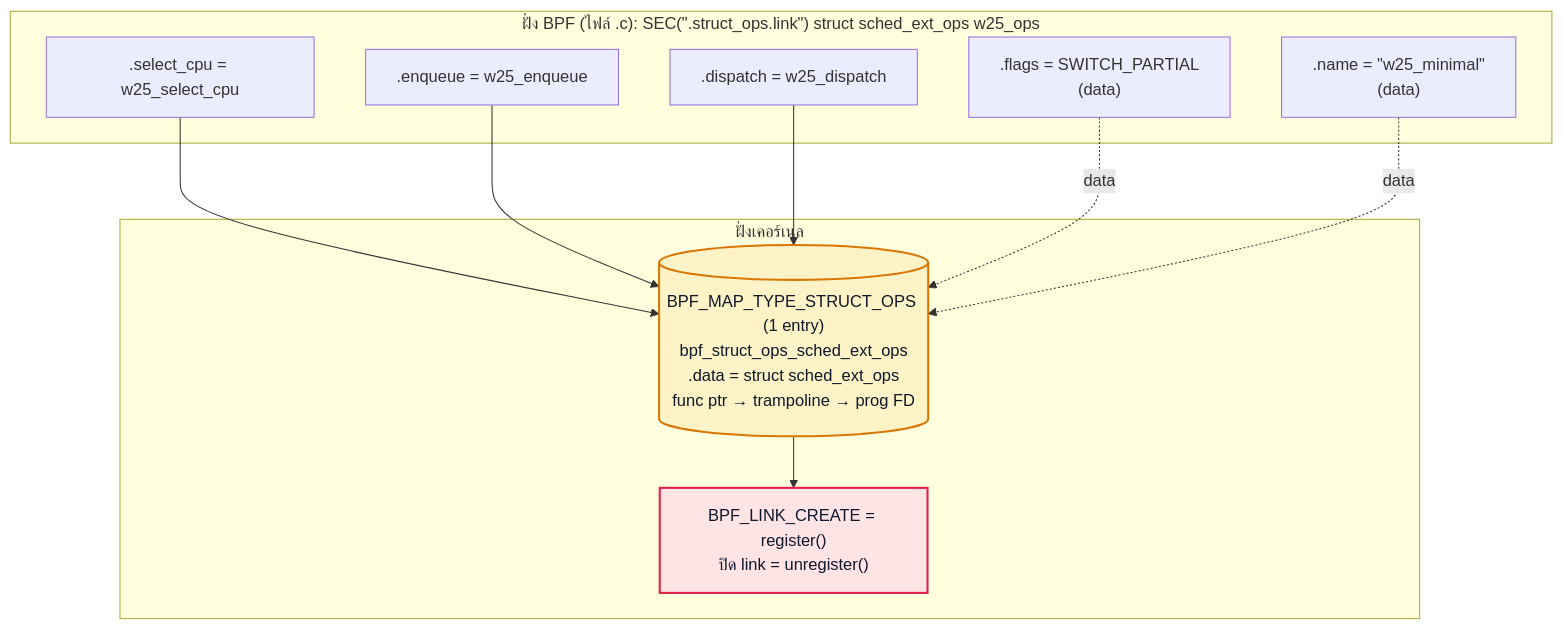
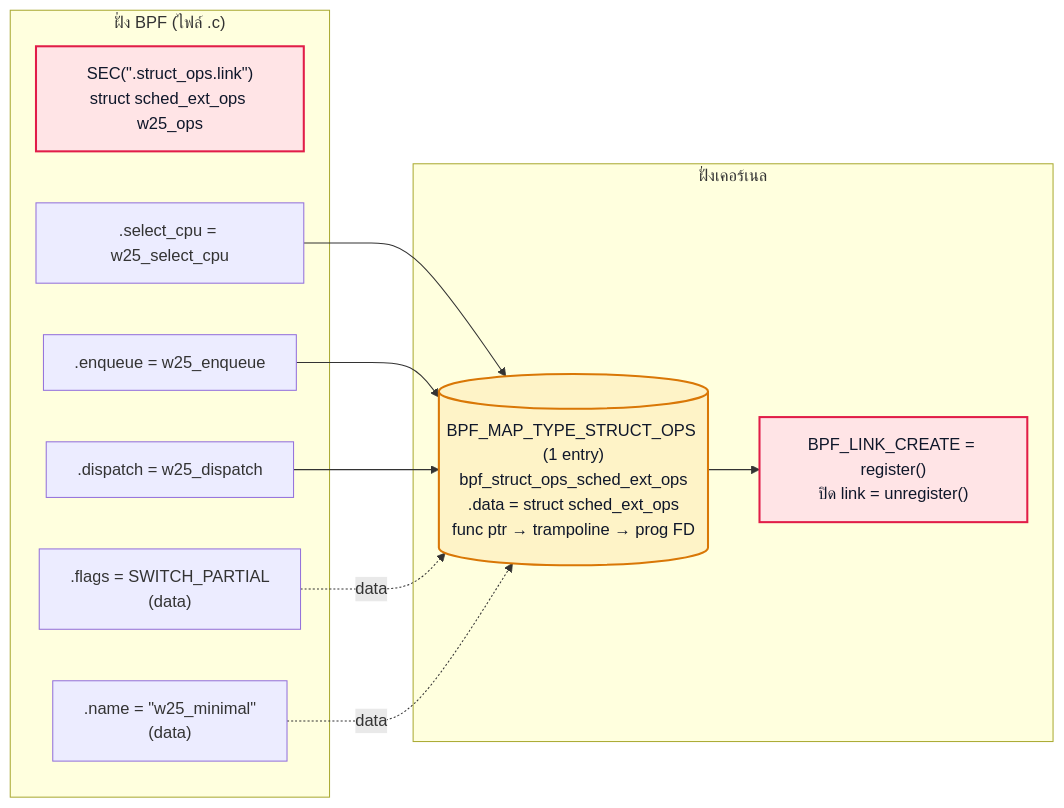
Before and after one commit to alfaXphoori/ebpf: the diagram in docs/diagrams/src/week25-struct-ops-map.mmd, drawn with Mermaid. The commit also changed 3 other files, not shown here.

First line of the commit message:
docs: narrow the two widest diagrams (week25 struct_ops, week26 Cilium)

```diff
--- a/docs/diagrams/src/week25-struct-ops-map.mmd
+++ b/docs/diagrams/src/week25-struct-ops-map.mmd
@@ -1,25 +1,27 @@
-flowchart TD
-    subgraph BPF["ฝั่ง BPF (ไฟล์ .c): SEC(#quot;.struct_ops.link#quot;) struct sched_ext_ops w25_ops"]
+flowchart LR
+    subgraph BPF["ฝั่ง BPF (ไฟล์ .c)"]
+            H["SEC(#quot;.struct_ops.link#quot;)<br/>struct sched_ext_ops w25_ops"]
             F1[".select_cpu = w25_select_cpu"]
             F2[".enqueue = w25_enqueue"]
             F3[".dispatch = w25_dispatch"]
             D1[".flags = SWITCH_PARTIAL<br/>(data)"]
             D2[".name = #quot;w25_minimal#quot;<br/>(data)"]
     end
 
     subgraph KERNEL["ฝั่งเคอร์เนล"]
         M[("BPF_MAP_TYPE_STRUCT_OPS (1 entry)<br/>bpf_struct_ops_sched_ext_ops<br/>.data = struct sched_ext_ops<br/>func ptr → trampoline → prog FD")]
         L["BPF_LINK_CREATE = register()<br/>ปิด link = unregister()"]
     end
 
     F1 --> M
     F2 --> M
     F3 --> M
     D1 -. "data" .-> M
     D2 -. "data" .-> M
     M --> L
 
     classDef kern fill:#ffe4e6,stroke:#e11d48,stroke-width:2px,color:#0f172a
     classDef map fill:#fef3c7,stroke:#d97706,stroke-width:2px,color:#0f172a
     class M map
     class L kern
+    class H kern
```
